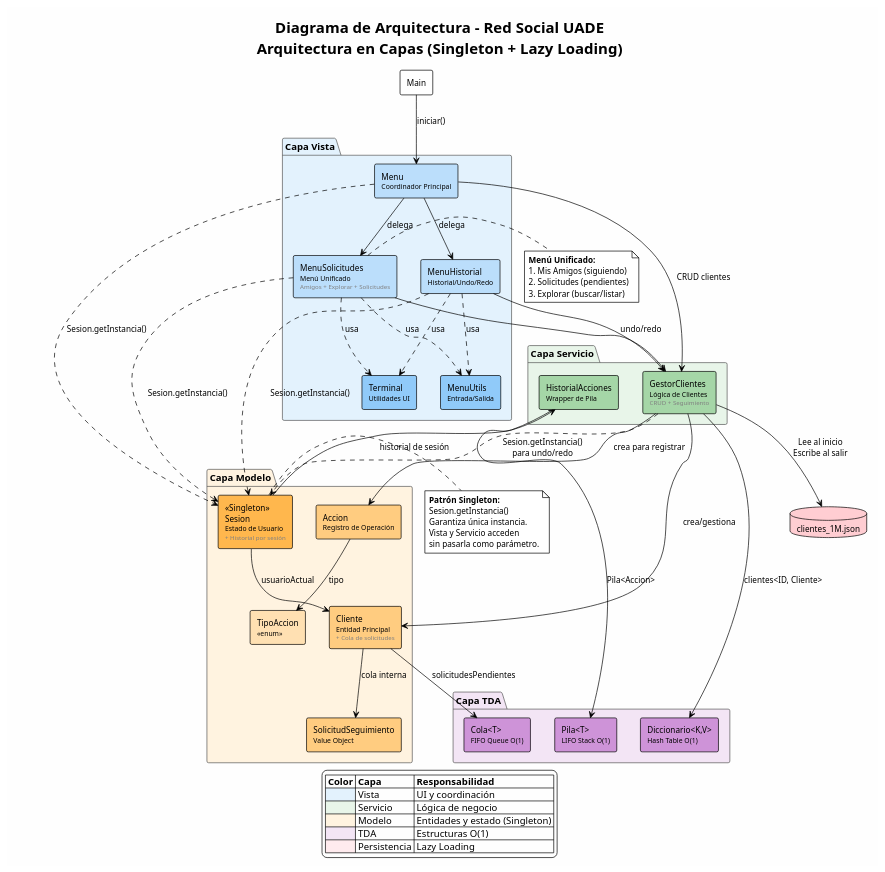
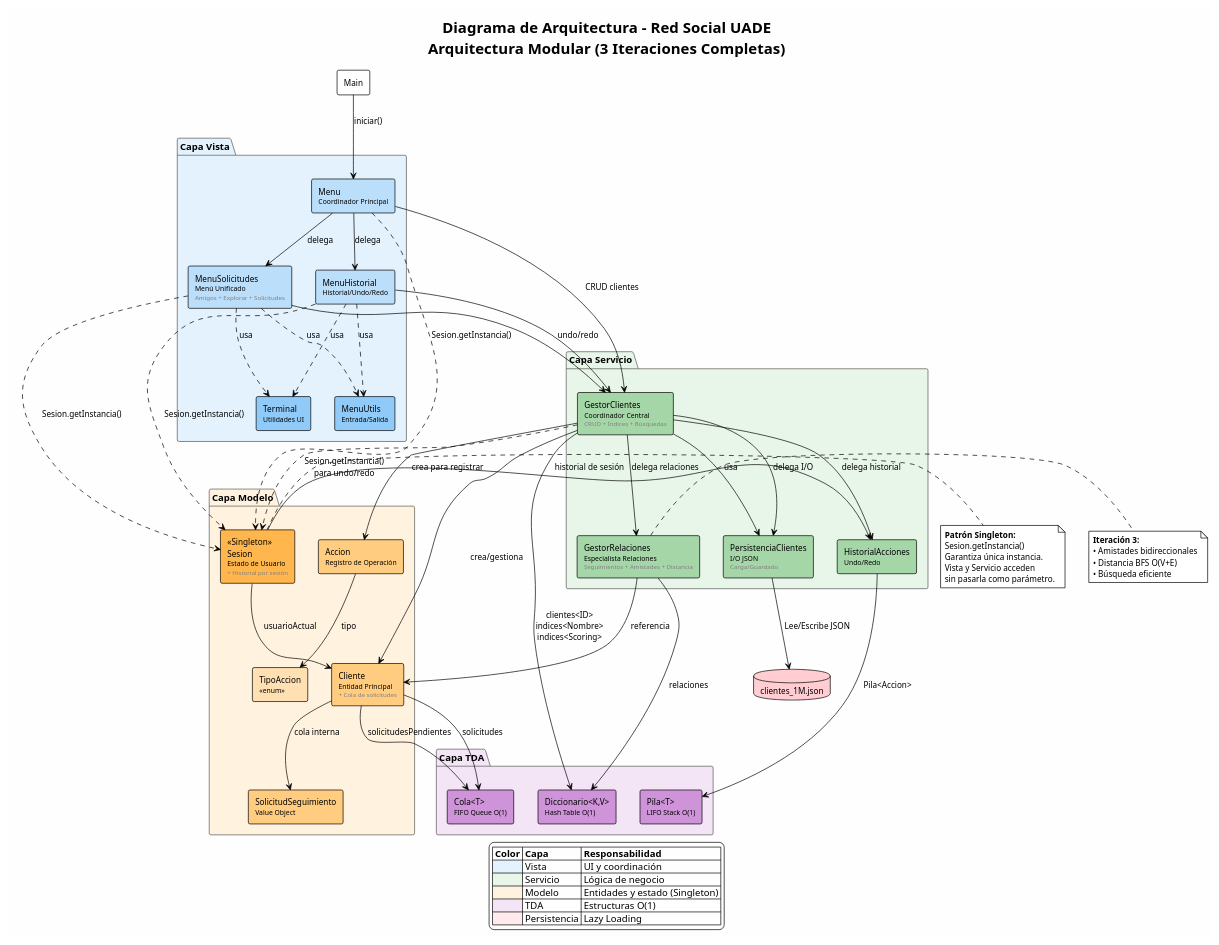
One commit to andreiveisuade/TPO-AyED-II---Red-Social-UADE---Grupo-12 changed the diagram in docs/diagramas/diagrama_arquitectura.puml. Above: the diagram before and after it, drawn with PlantUML. The commit also changed 24 other files, not shown here.

First line of the commit message:
feat: Iteración 3 completa - Relaciones generales + documentación simplificada

```diff
--- a/docs/diagramas/diagrama_arquitectura.puml
+++ b/docs/diagramas/diagrama_arquitectura.puml
@@ -1,124 +1,135 @@
 @startuml Arquitectura del Sistema
 !theme plain
 skinparam backgroundColor #FEFEFE
 skinparam componentStyle rectangle
 skinparam defaultFontSize 12
 skinparam packageBorderColor #555
 skinparam packageFontSize 14
 skinparam packageFontStyle bold
 
-title **Diagrama de Arquitectura - Red Social UADE**\nArquitectura en Capas (Singleton + Lazy Loading)
+title **Diagrama de Arquitectura - Red Social UADE**\nArquitectura Modular (3 Iteraciones Completas)
 
 ' ==========================================
 ' CAPA DE PRESENTACIÓN (VISTA)
 ' ==========================================
 package "Capa Vista" as vista #E3F2FD {
     component [Menu\n<font size="10">Coordinador Principal</font>] as menu #BBDEFB
     component [MenuSolicitudes\n<font size="10">Menú Unificado</font>\n<font size="9" color="gray">Amigos + Explorar + Solicitudes</font>] as menuSolicitudes #BBDEFB
     component [MenuHistorial\n<font size="10">Historial/Undo/Redo</font>] as menuHistorial #BBDEFB
     component [Terminal\n<font size="10">Utilidades UI</font>] as terminal #90CAF9
     component [MenuUtils\n<font size="10">Entrada/Salida</font>] as menuUtils #90CAF9
 }
 
 ' ==========================================
 ' CAPA DE LÓGICA DE NEGOCIO (SERVICIOS)
 ' ==========================================
 package "Capa Servicio" as servicio #E8F5E9 {
-    component [GestorClientes\n<font size="10">Lógica de Clientes</font>\n<font size="9" color="gray">CRUD + Seguimiento</font>] as gestor #A5D6A7
-    component [HistorialAcciones\n<font size="10">Wrapper de Pila</font>] as historialAcciones #A5D6A7
+    component [GestorClientes\n<font size="10">Coordinador Central</font>\n<font size="9" color="gray">CRUD + Índices + Búsquedas</font>] as gestor #A5D6A7
+    component [GestorRelaciones\n<font size="10">Especialista Relaciones</font>\n<font size="9" color="gray">Seguimientos + Amistades + Distancia</font>] as gestorRel #A5D6A7
+    component [PersistenciaClientes\n<font size="10">I/O JSON</font>\n<font size="9" color="gray">Carga/Guardado</font>] as persistencia #A5D6A7
+    component [HistorialAcciones\n<font size="10">Undo/Redo</font>] as historialAcciones #A5D6A7
 }
 
 ' ==========================================
 ' CAPA DE MODELO (ENTIDADES DE DOMINIO)
 ' ==========================================
 package "Capa Modelo" as modelo #FFF3E0 {
     component [<<Singleton>>\nSesion\n<font size="10">Estado de Usuario</font>\n<font size="9" color="gray">+ Historial por sesión</font>] as sesion #FFB74D
     component [Cliente\n<font size="10">Entidad Principal</font>\n<font size="9" color="gray">+ Cola de solicitudes</font>] as cliente #FFCC80
     component [Accion\n<font size="10">Registro de Operación</font>] as accion #FFCC80
     component [SolicitudSeguimiento\n<font size="10">Value Object</font>] as solicitud #FFCC80
     component [TipoAccion\n<font size="10"><<enum>></font>] as tipoAccion #FFE0B2
 }
 
 ' ==========================================
 ' CAPA DE TDA (ESTRUCTURAS DE DATOS)
 ' ==========================================
 package "Capa TDA" as tda #F3E5F5 {
     component [Diccionario<K,V>\n<font size="10">Hash Table O(1)</font>] as diccionario #CE93D8
     component [Pila<T>\n<font size="10">LIFO Stack O(1)</font>] as pila #CE93D8
     component [Cola<T>\n<font size="10">FIFO Queue O(1)</font>] as cola #CE93D8
 }
 
 ' ==========================================
 ' PERSISTENCIA (Directa)
 ' ==========================================
 database "clientes_1M.json" as jsonFile #FFCDD2
 
 ' ==========================================
 ' RELACIONES ENTRE CAPAS
 ' ==========================================
 ' Main → Vista
 [Main] --> menu : iniciar()
 
 ' Composición dentro de Vista
 menu --> menuSolicitudes : delega
 menu --> menuHistorial : delega
 menuSolicitudes ..> terminal : usa
 menuHistorial ..> terminal : usa
 menuSolicitudes ..> menuUtils : usa
 menuHistorial ..> menuUtils : usa
 
 ' Vista → Servicio (sin pasar Sesion como parámetro)
 menu --> gestor : CRUD clientes
 menu ..> sesion : "Sesion.getInstancia()"
 menuSolicitudes --> gestor
 menuSolicitudes ..> sesion : "Sesion.getInstancia()"
 menuHistorial --> gestor : undo/redo
 menuHistorial ..> sesion : "Sesion.getInstancia()"
 
-' Servicio usa Singleton
+' Coordinación entre servicios
+gestor --> gestorRel : delega relaciones
+gestor --> persistencia : delega I/O
+gestor --> historialAcciones : delega historial
 gestor ..> sesion : "Sesion.getInstancia()\npara undo/redo"
+
+' Creación de entidades
 gestor --> cliente : crea/gestiona
 gestor --> accion : crea para registrar
+gestorRel --> cliente : referencia
 
 ' Modelo interno
 sesion --> cliente : "usuarioActual"
 sesion --> historialAcciones : "historial de sesión"
 cliente --> solicitud : "cola interna"
 cliente --> cola : "solicitudesPendientes"
 accion --> tipoAccion : tipo
 
 ' Servicio → TDA
-gestor --> diccionario : "clientes<ID, Cliente>"
+gestor --> diccionario : "clientes<ID>\nindices<Nombre>\nindices<Scoring>"
+gestorRel --> diccionario : "relaciones"
 historialAcciones --> pila : "Pila<Accion>"
+cliente --> cola : "solicitudes"
 
-' Persistencia (Simulada Directa)
-gestor --> jsonFile : "Lee al inicio\nEscribe al salir"
+' Persistencia
+persistencia --> jsonFile : "Lee/Escribe JSON"
+gestor --> persistencia : usa
 
 ' ==========================================
 ' NOTAS
 ' ==========================================
 note right of sesion
     <b>Patrón Singleton:</b>
     Sesion.getInstancia()
     Garantiza única instancia.
     Vista y Servicio acceden
     sin pasarla como parámetro.
 end note
 
-note right of menuSolicitudes
-    <b>Menú Unificado:</b>
-    1. Mis Amigos (siguiendo)
-    2. Solicitudes (pendientes)
-    3. Explorar (buscar/listar)
+note right of gestorRel
+    <b>Iteración 3:</b>
+    • Amistades bidireccionales
+    • Distancia BFS O(V+E)
+    • Búsqueda eficiente
 end note
 
 legend bottom
     |= Color |= Capa |= Responsabilidad |
     | <#E3F2FD> | Vista | UI y coordinación |
     | <#E8F5E9> | Servicio | Lógica de negocio |
     | <#FFF3E0> | Modelo | Entidades y estado (Singleton) |
     | <#F3E5F5> | TDA | Estructuras O(1) |
     | <#FFEBEE> | Persistencia | Lazy Loading |
 end legend
 
 @enduml
```
